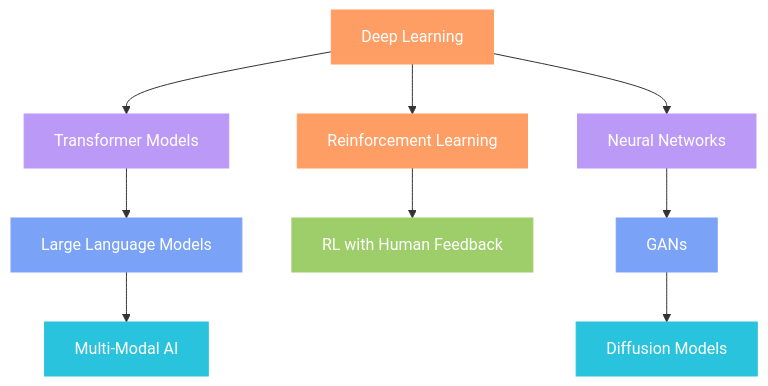
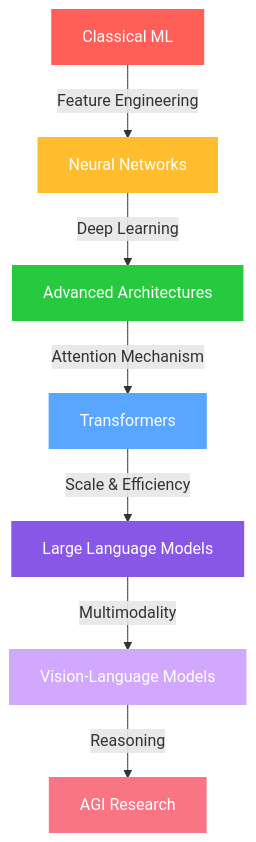
Before and after one commit to mandrita16/mandrita16: the diagram in README.md, drawn with Mermaid. The commit also changed other lines of this file, not shown here.

````diff
--- a/README.md
+++ b/README.md
@@ -63,20 +98,17 @@
 ```mermaid
 graph TD
-    A[Deep Learning] --> B[Transformer Models]
-    B --> C[Large Language Models]
-    C --> D[Multi-Modal AI]
-    A --> E[Reinforcement Learning]
-    E --> F[RL with Human Feedback]
-    A --> G[Neural Networks]
-    G --> H[GANs]
-    H --> I[Diffusion Models]
-    style A fill:#ff9e64,stroke:#ff9e64,color:white
-    style B fill:#bb9af7,stroke:#bb9af7,color:white
-    style C fill:#7aa2f7,stroke:#7aa2f7,color:white
-    style D fill:#2ac3de,stroke:#2ac3de,color:white
-    style E fill:#ff9e64,stroke:#ff9e64,color:white
-    style F fill:#9ece6a,stroke:#9ece6a,color:white
-    style G fill:#bb9af7,stroke:#bb9af7,color:white
-    style H fill:#7aa2f7,stroke:#7aa2f7,color:white
-    style I fill:#2ac3de,stroke:#2ac3de,color:white
+    A[Classical ML] -->|Feature Engineering| B[Neural Networks]
+    B -->|Deep Learning| C[Advanced Architectures]
+    C -->|Attention Mechanism| D[Transformers]
+    D -->|Scale & Efficiency| E[Large Language Models]
+    E -->|Multimodality| F[Vision-Language Models]
+    F -->|Reasoning| G[AGI Research]
+    
+    style A fill:#ff5f56,stroke:#ff5f56,color:white,stroke-width:2px
+    style B fill:#ffbd2e,stroke:#ffbd2e,color:white,stroke-width:2px
+    style C fill:#27c93f,stroke:#27c93f,color:white,stroke-width:2px
+    style D fill:#58a6ff,stroke:#58a6ff,color:white,stroke-width:2px
+    style E fill:#8957e5,stroke:#8957e5,color:white,stroke-width:2px
+    style F fill:#d2a8ff,stroke:#d2a8ff,color:white,stroke-width:2px
+    style G fill:#f97583,stroke:#f97583,color:white,stroke-width:2px
 ```
````
